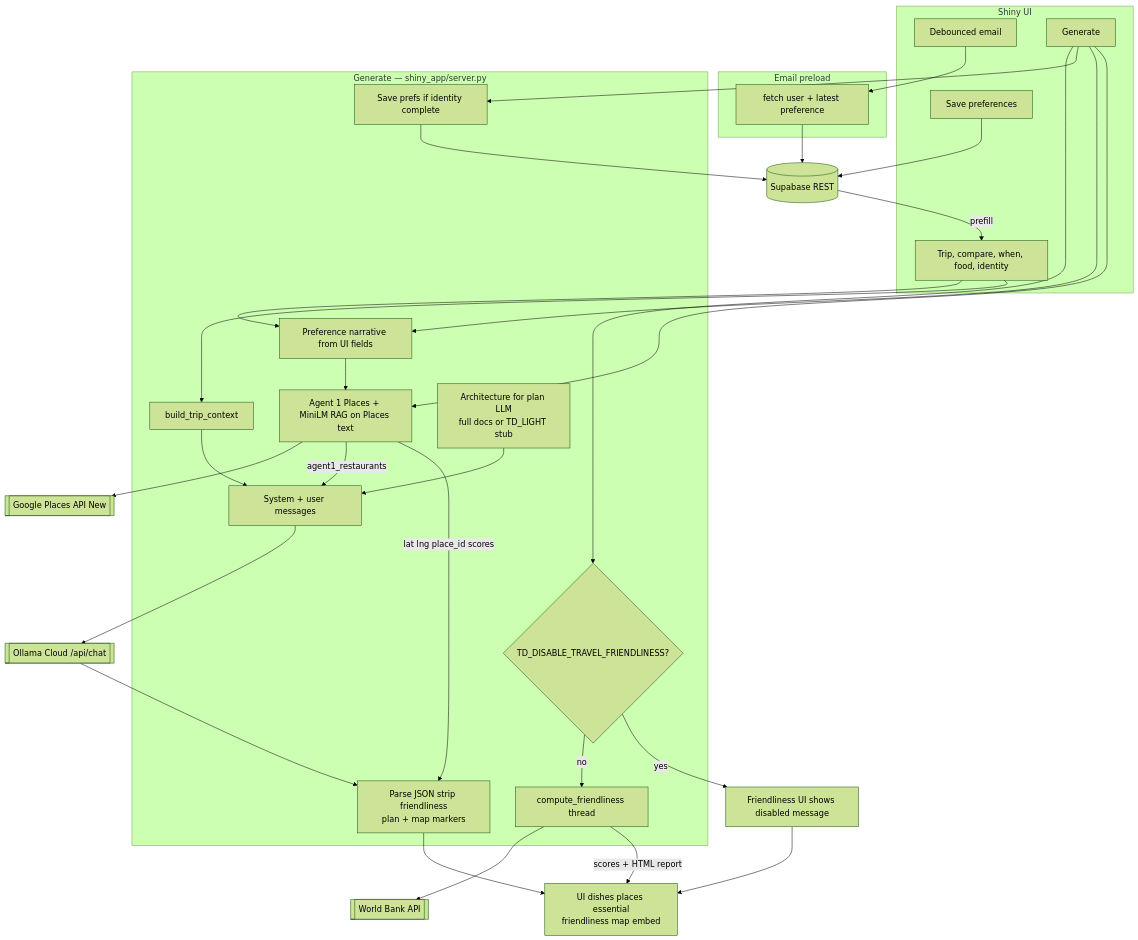
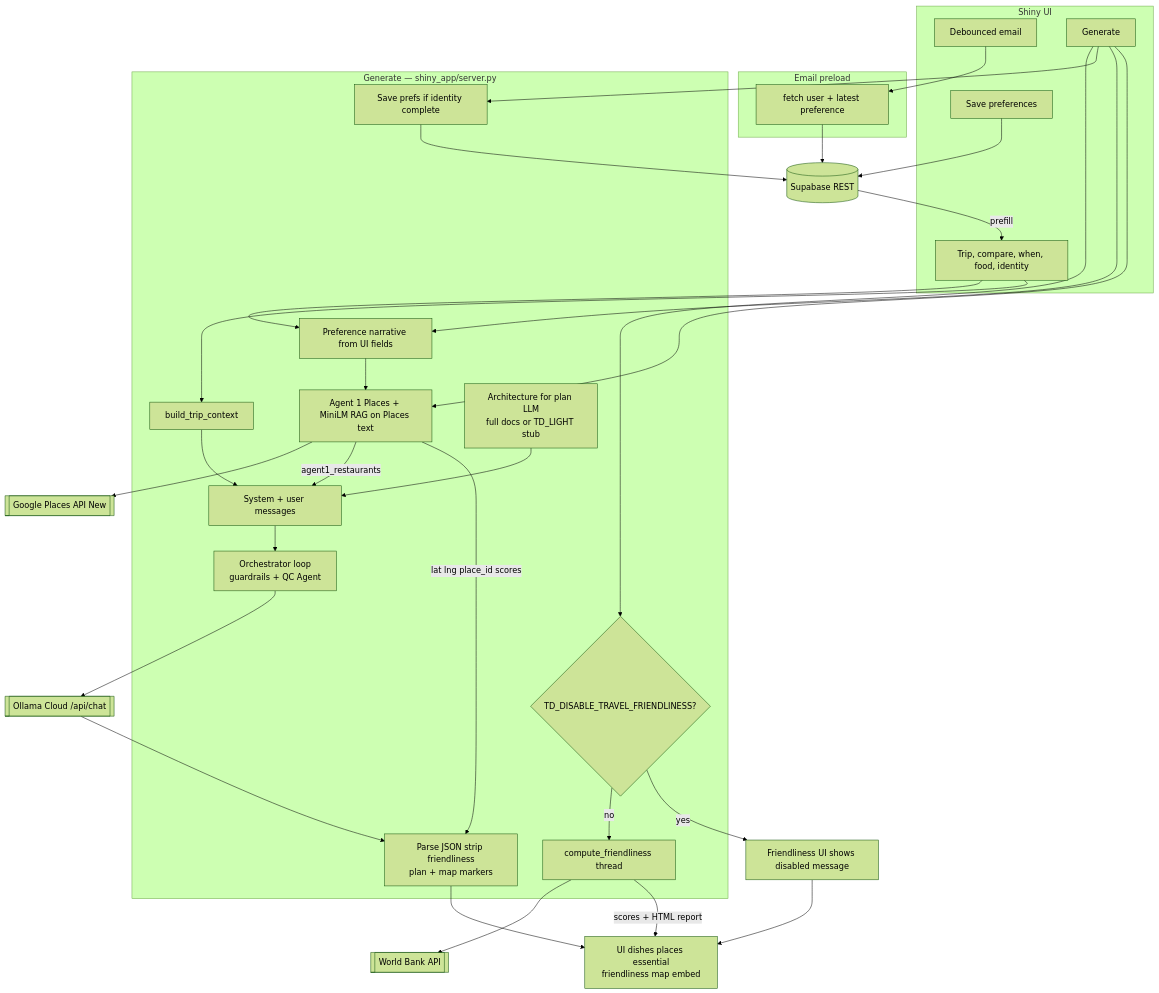
One commit to JanHsuanChu/TravelDashboard changed the second of 2 diagrams in docs/architecture.md. Above: the diagram before and after it, drawn with Mermaid (forest theme). The commit also changed other lines of this file and 42 other files, not shown here.

````diff
--- a/docs/architecture.md
+++ b/docs/architecture.md
@@ -69,62 +69,64 @@
 ```mermaid
 flowchart TB
     subgraph UI[Shiny UI]
         Form[Trip, compare, when, food, identity]
         EmailEvt[Debounced email]
         BtnGen[Generate]
         BtnSave[Save preferences]
     end
 
     SB[(Supabase REST)]
 
     subgraph Session[Email preload]
         Lookup[fetch user + latest preference]
     end
 
     subgraph Gen[Generate — shiny_app/server.py]
         DisTF{TD_DISABLE_TRAVEL_FRIENDLINESS?}
         TF[compute_friendliness thread]
         AutoSave[Save prefs if identity complete]
         Narr[Preference narrative from UI fields]
         Ctx[build_trip_context]
         A1[Agent 1 Places + MiniLM RAG on Places text]
+        Orch[Orchestrator loop<br/>guardrails + QC Agent]
         Arch[Architecture for plan LLM<br/>full docs or TD_LIGHT stub]
         Syn[System + user messages]
         Post[Parse JSON strip friendliness<br/>plan + map markers]
     end
 
     WB[[World Bank API]]
     GP[[Google Places API New]]
     OC[[Ollama Cloud /api/chat]]
     Out[UI dishes places essential<br/>friendliness map embed]
 
     EmailEvt --> Lookup
     Lookup --> SB
     SB -->|prefill| Form
 
     BtnSave --> SB
 
     BtnGen --> DisTF
     DisTF -->|no| TF
     DisTF -->|yes| TFOff[Friendliness UI shows disabled message]
     TF --> WB
     BtnGen --> AutoSave
     AutoSave --> SB
     BtnGen --> Narr
     Form --> Narr
 
     Form --> Ctx
     BtnGen --> A1
     Narr --> A1
     A1 --> GP
 
     Ctx --> Syn
     Arch --> Syn
     A1 -->|agent1_restaurants| Syn
-    Syn --> OC
+    Syn --> Orch
+    Orch --> OC
     OC --> Post
     A1 -->|lat lng place_id scores| Post
     TF -->|scores + HTML report| Out
     TFOff --> Out
     Post --> Out
 ```
````
